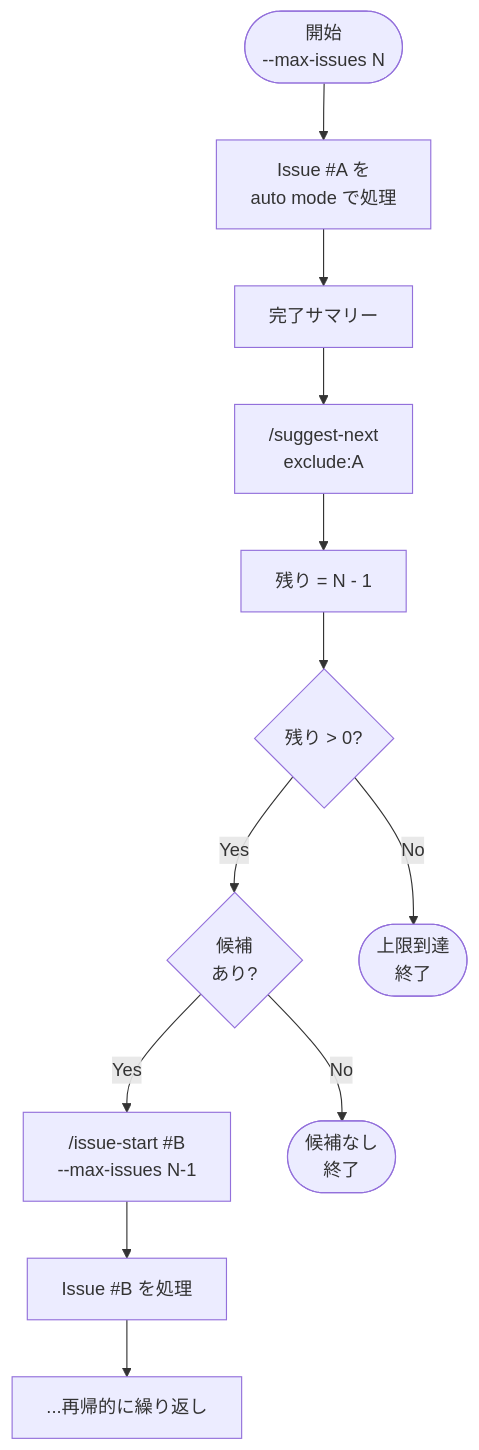
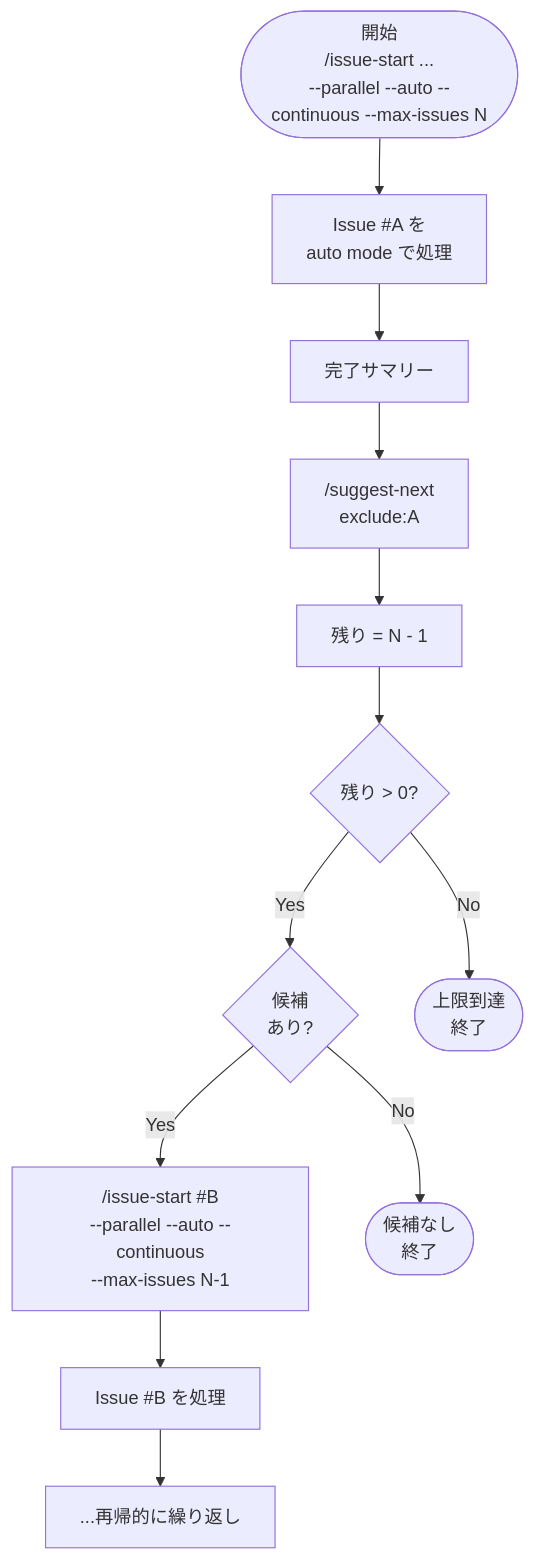
One commit to KdavisO/claude-project-template changed the sixth of 8 diagrams in docs/command-orchestration.md. Above: the diagram before and after it, drawn with Mermaid. The commit also changed other lines of this file, not shown here.

First line of the commit message:
fix: Copilotレビュー指摘に基づくフロー図の修正

````diff
--- a/docs/command-orchestration.md
+++ b/docs/command-orchestration.md
@@ -171,14 +171,14 @@
 ```mermaid
 flowchart TD
-    Start(["開始\n--max-issues N"]) --> Process["Issue #A を\nauto mode で処理"]
+    Start(["開始\n/issue-start ...\n--parallel --auto --continuous --max-issues N"]) --> Process["Issue #A を\nauto mode で処理"]
     Process --> Complete["完了サマリー"]
     Complete --> SuggestNext["/suggest-next\nexclude:A"]
     SuggestNext --> Decrement["残り = N - 1"]
     Decrement --> CheckRemain{"残り > 0?"}
     CheckRemain -->|"Yes"| HasCandidate{"候補\nあり?"}
     CheckRemain -->|"No"| Done(["上限到達\n終了"])
-    HasCandidate -->|"Yes"| NextIssue["/issue-start #B\n--max-issues N-1"]
+    HasCandidate -->|"Yes"| NextIssue["/issue-start #B\n--parallel --auto --continuous\n--max-issues N-1"]
     HasCandidate -->|"No"| NoCand(["候補なし\n終了"])
     NextIssue --> Process2["Issue #B を処理"]
     Process2 --> Complete2["...再帰的に繰り返し"]
 ```
````
